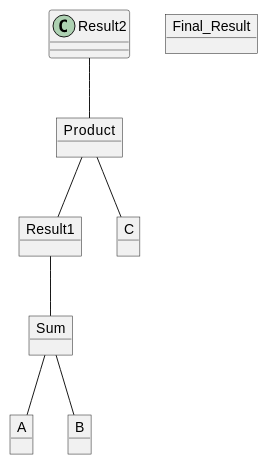
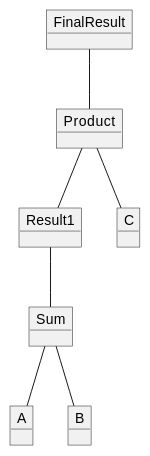
The diagram in doc/computation_tree.md (ewaybotYan/liblooklike), drawn with PlantUML before and after one commit. The commit also changed 4 other files, not shown here.

```diff
--- a/doc/computation_tree.md
+++ b/doc/computation_tree.md
@@ -21,16 +21,16 @@
 @startuml{evaluation_tree.png}
 object A
 object B
 object Sum
 object Result1
 object C
 object Product
-object Final_Result
+object FinalResult
 
 Sum -- A
 Sum -- B
 Result1 -- Sum
 Product -- Result1
 Product -- C
-Result2 -- Product
+FinalResult -- Product
 @enduml
```
